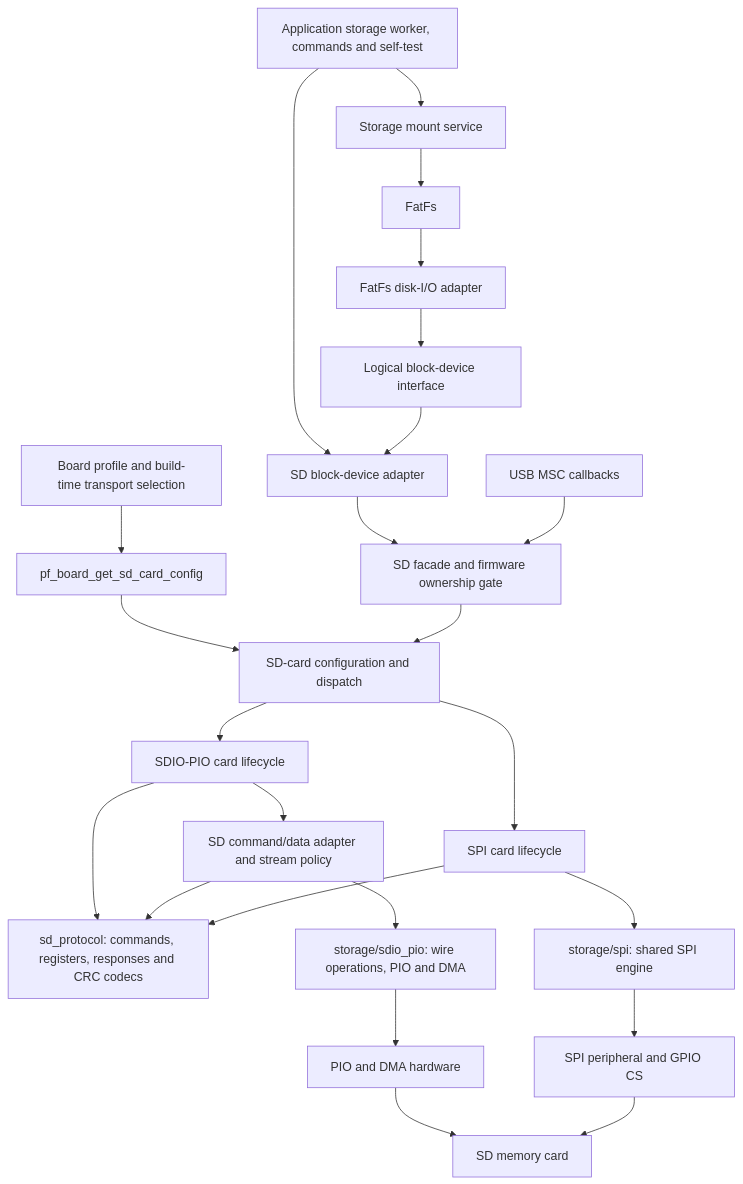
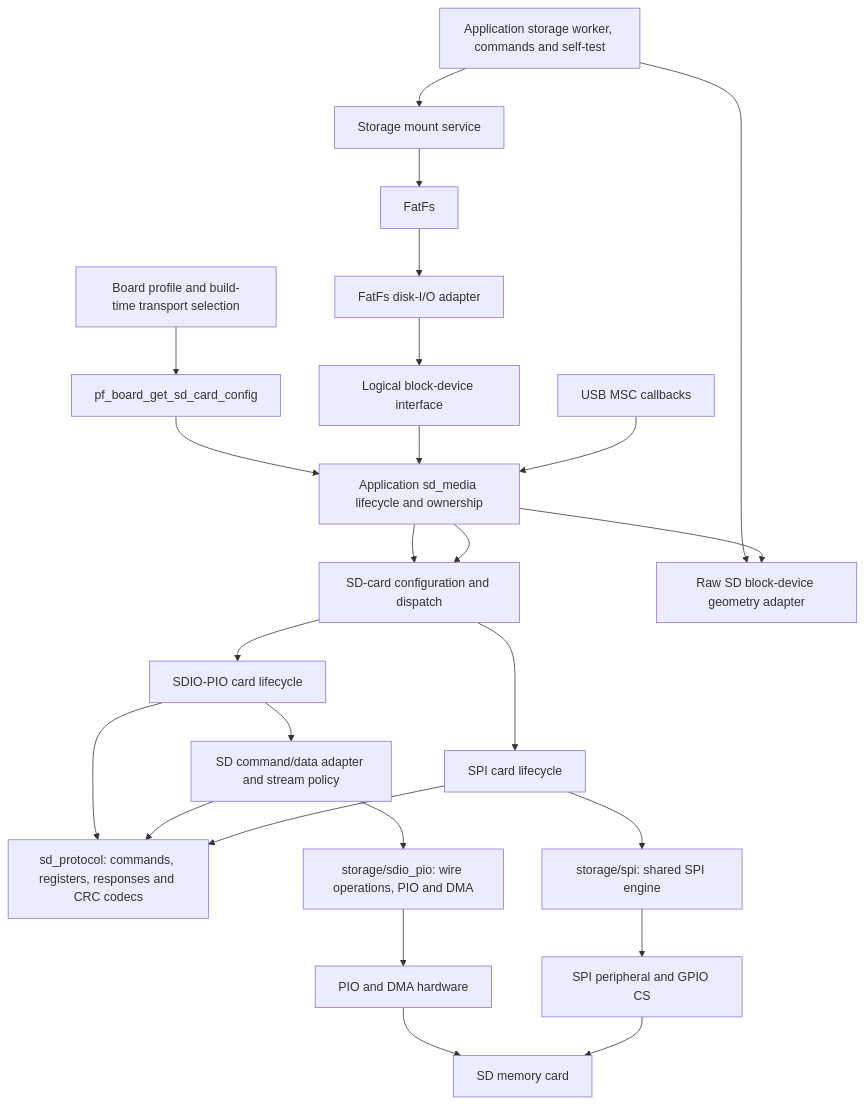
Before and after one commit to djwinter29-oss/PicoForge: the first of 5 diagrams in docs/sdcard-design.md, drawn with Mermaid. The commit also changed other lines of this file and 43 other files, not shown here.

````diff
--- a/docs/sdcard-design.md
+++ b/docs/sdcard-design.md
@@ -76,26 +76,27 @@
 ```mermaid
 flowchart TD
     Board[Board profile and build-time transport selection] --> Config[pf_board_get_sd_card_config]
-    Config --> Card[SD-card configuration and dispatch]
+    Config --> Gate[Application sd_media lifecycle and ownership]
+    Gate --> Card[SD-card configuration and dispatch]
     App[Application storage worker, commands and self-test] --> Storage[Storage mount service]
     App --> SDAdapter
     Storage --> FatFs[FatFs]
     FatFs --> Disk[FatFs disk-I/O adapter]
     Disk --> Block[Logical block-device interface]
-    Block --> SDAdapter[SD block-device adapter]
-    SDAdapter --> Gate[SD facade and firmware ownership gate]
+    Block --> Gate
+    Gate --> SDAdapter[Raw SD block-device geometry adapter]
     MSC[USB MSC callbacks] --> Gate
     Gate --> Card
     Card --> Native[SDIO-PIO card lifecycle]
     Card --> SPI[SPI card lifecycle]
     Native --> Host[SD command/data adapter and stream policy]
     Native --> Shared[sd_protocol: commands, registers, responses and CRC codecs]
     Host --> Shared
     SPI --> Shared
     Host --> NativeBus[storage/sdio_pio: wire operations, PIO and DMA]
     NativeBus --> PIO[PIO and DMA hardware]
     SPI --> SerialBus[storage/spi: shared SPI engine]
     SerialBus --> Peripheral[SPI peripheral and GPIO CS]
     PIO --> Media[SD memory card]
     Peripheral --> Media
 ```
````
